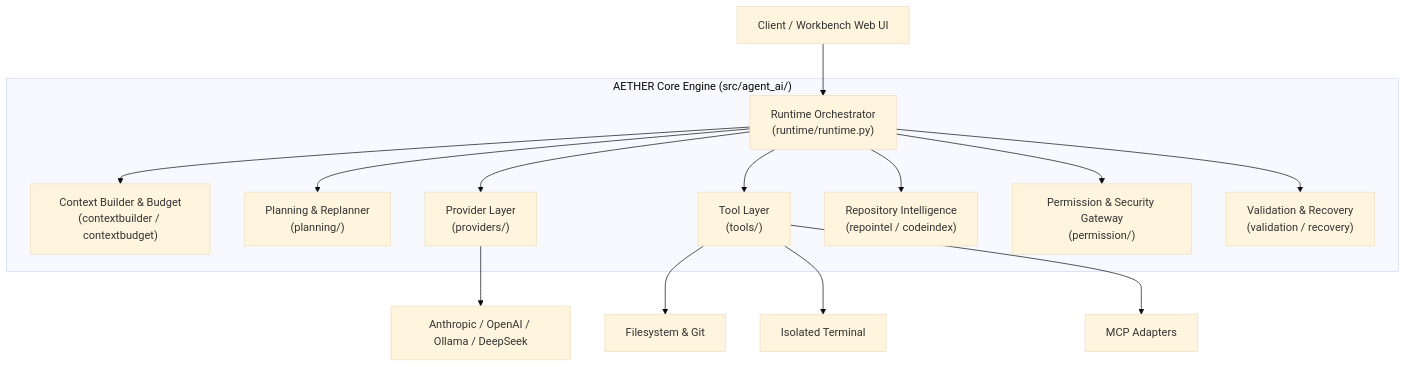
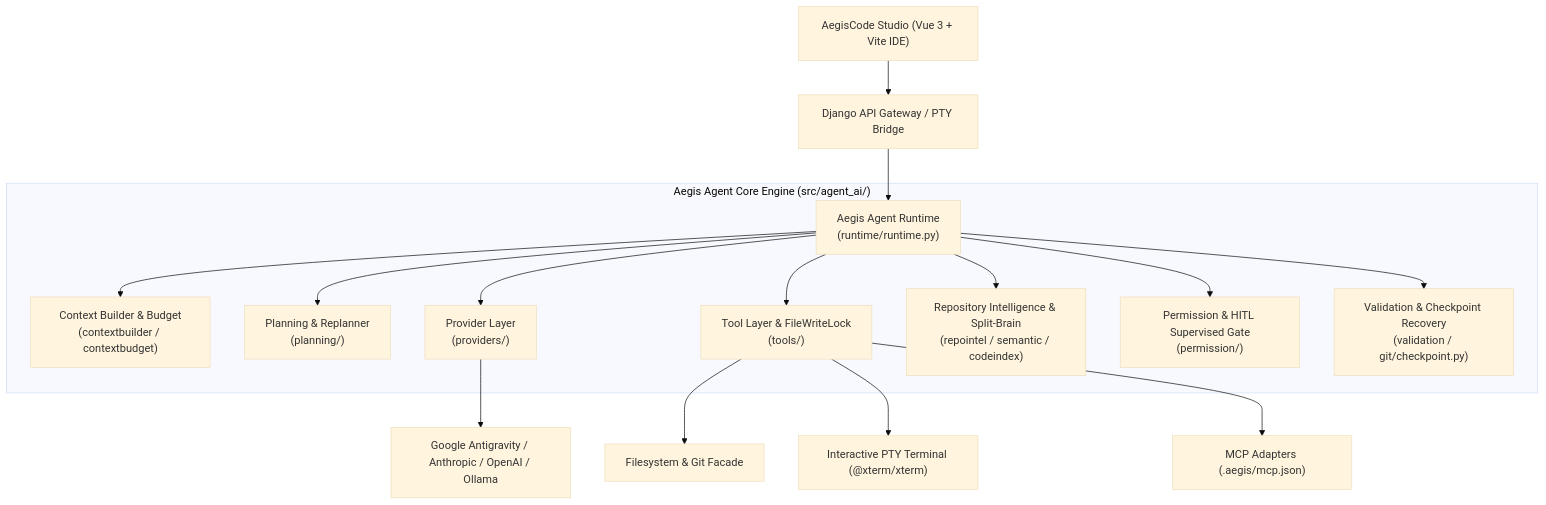
The first of 2 diagrams in docs/architecture.md (aditlab-code/aegiscode), drawn with Mermaid (base theme) before and after one commit. The commit also changed other lines of this file and 90 other files, not shown here.

First line of the commit message:
feat: migrasi branding penuh dari Aether ke AegisCode

````diff
--- a/docs/architecture.md
+++ b/docs/architecture.md
@@ -36,19 +35,20 @@
 ```mermaid
 graph TD
-    Client["Client / Workbench Web UI"] --> Runtime["Runtime Orchestrator<br/>(runtime/runtime.py)"]
+    Client["AegisCode Studio (Vue 3 + Vite IDE)"] --> Gateway["Django API Gateway / PTY Bridge"]
+    Gateway --> Runtime["Aegis Agent Runtime<br/>(runtime/runtime.py)"]
     
-    subgraph CoreEngine ["AETHER Core Engine (src/agent_ai/)"]
+    subgraph CoreEngine ["Aegis Agent Core Engine (src/agent_ai/)"]
         Runtime --> ContextBuilder["Context Builder & Budget<br/>(contextbuilder / contextbudget)"]
         Runtime --> Planner["Planning & Replanner<br/>(planning/)"]
         Runtime --> ProviderRegistry["Provider Layer<br/>(providers/)"]
-        Runtime --> ToolRegistry["Tool Layer<br/>(tools/)"]
-        Runtime --> RepoIntel["Repository Intelligence<br/>(repointel / codeindex)"]
-        Runtime --> PolicyGateway["Permission & Security Gateway<br/>(permission/)"]
-        Runtime --> Validation["Validation & Recovery<br/>(validation / recovery)"]
+        Runtime --> ToolRegistry["Tool Layer & FileWriteLock<br/>(tools/)"]
+        Runtime --> RepoIntel["Repository Intelligence & Split-Brain<br/>(repointel / semantic / codeindex)"]
+        Runtime --> PolicyGateway["Permission & HITL Supervised Gate<br/>(permission/)"]
+        Runtime --> Validation["Validation & Checkpoint Recovery<br/>(validation / git/checkpoint.py)"]
     end
 
-    ToolRegistry --> FS["Filesystem & Git"]
-    ToolRegistry --> Term["Isolated Terminal"]
-    ToolRegistry --> MCP["MCP Adapters"]
-    ProviderRegistry --> LLMs["Anthropic / OpenAI / Ollama / DeepSeek"]
+    ToolRegistry --> FS["Filesystem & Git Facade"]
+    ToolRegistry --> Term["Interactive PTY Terminal (@xterm/xterm)"]
+    ToolRegistry --> MCP["MCP Adapters (.aegis/mcp.json)"]
+    ProviderRegistry --> LLMs["Google Antigravity / Anthropic / OpenAI / Ollama"]
 ```
````
